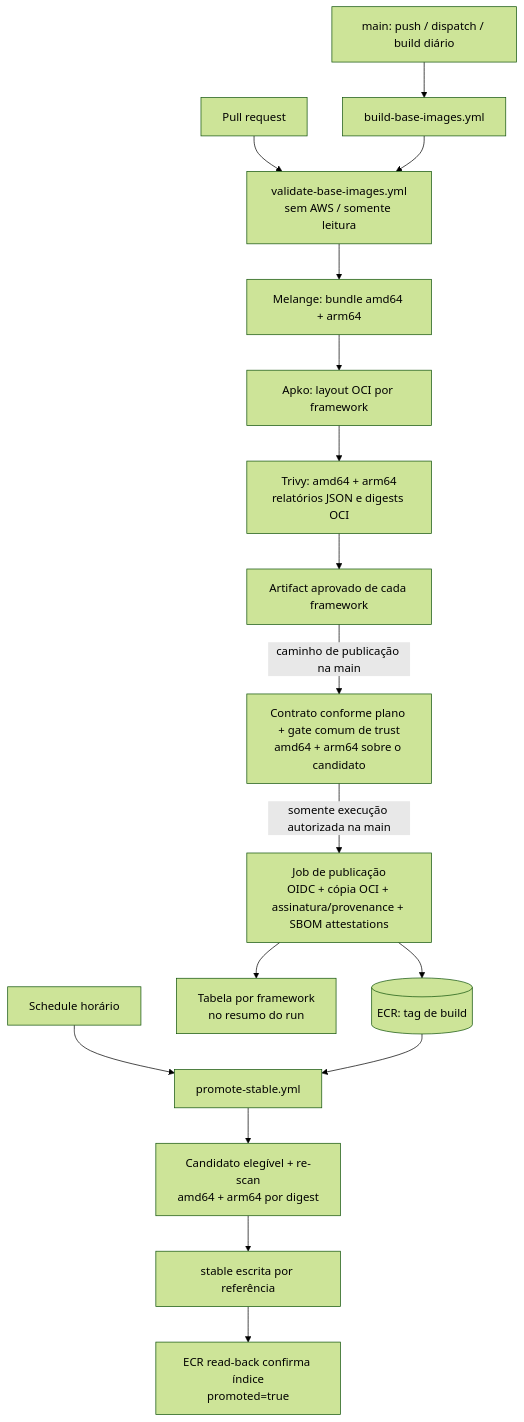
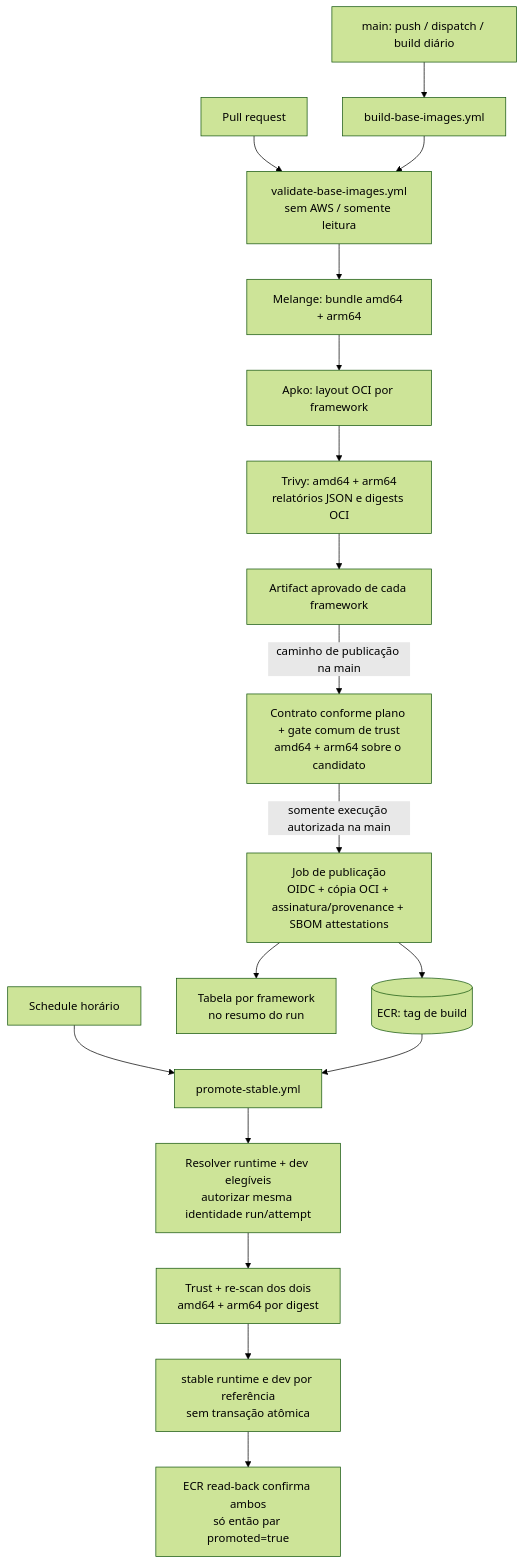
One commit to alric-corp/alric-containers-image-base changed the second of 2 diagrams in README.md. Above: the diagram before and after it, drawn with Mermaid (forest theme). The commit also changed other lines of this file and 14 other files, not shown here.

````diff
--- a/README.md
+++ b/README.md
@@ -270,19 +282,20 @@
 ```mermaid
 flowchart TD
     PR["Pull request"] --> V["validate-base-images.yml<br/>sem AWS / somente leitura"]
     MAIN["main: push / dispatch / build diário"] --> B["build-base-images.yml"]
     B --> V
     V --> M["Melange: bundle amd64 + arm64"]
     M --> A["Apko: layout OCI por framework"]
     A --> S["Trivy: amd64 + arm64<br/>relatórios JSON e digests OCI"]
     S --> G["Artifact aprovado de cada framework"]
     G -->|"caminho de publicação na main"| F["Contrato conforme plano + gate comum de trust<br/>amd64 + arm64 sobre o candidato"]
     F -->|"somente execução autorizada na main"| PUB["Job de publicação<br/>OIDC + cópia OCI + assinatura/provenance + SBOM attestations"]
     PUB --> ECR[("ECR: tag de build")]
     PUB --> T["Tabela por framework<br/>no resumo do run"]
     H["Schedule horário"] --> P["promote-stable.yml"]
     ECR --> P
-    P --> SOAK["Candidato elegível + re-scan<br/>amd64 + arm64 por digest"]
-    SOAK --> WRITE["stable escrita por referência"]
-    WRITE --> STABLE["ECR read-back confirma índice<br/>promoted=true"]
+    P --> PAIR["Resolver runtime + dev elegíveis<br/>autorizar mesma identidade run/attempt"]
+    PAIR --> SOAK["Trust + re-scan dos dois<br/>amd64 + arm64 por digest"]
+    SOAK --> WRITE["stable runtime e dev por referência<br/>sem transação atômica"]
+    WRITE --> STABLE["ECR read-back confirma ambos<br/>só então par promoted=true"]
 ```
````
